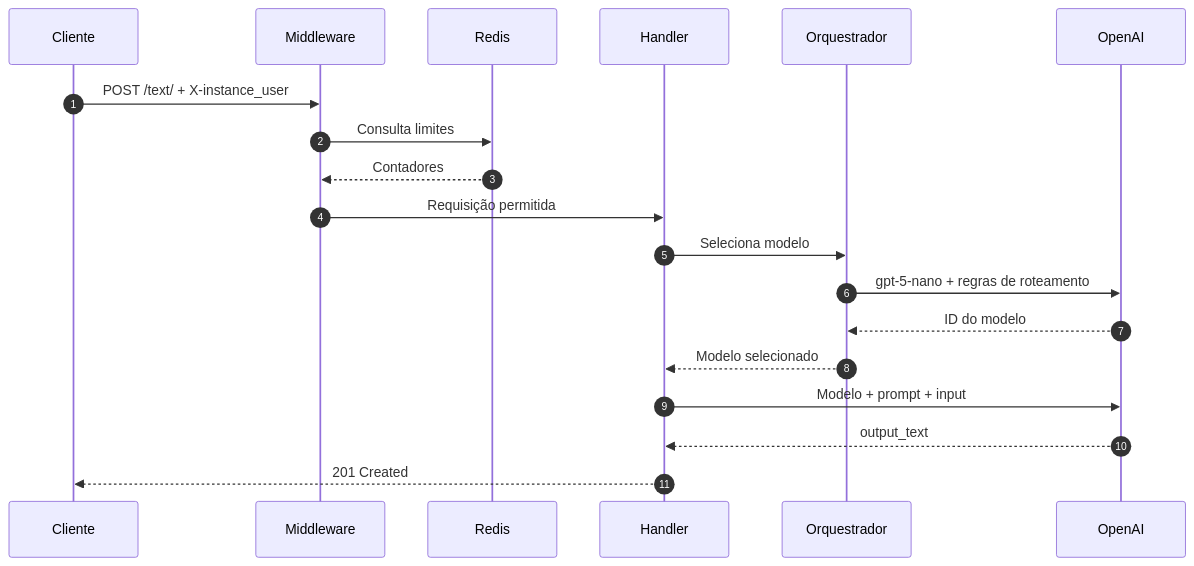
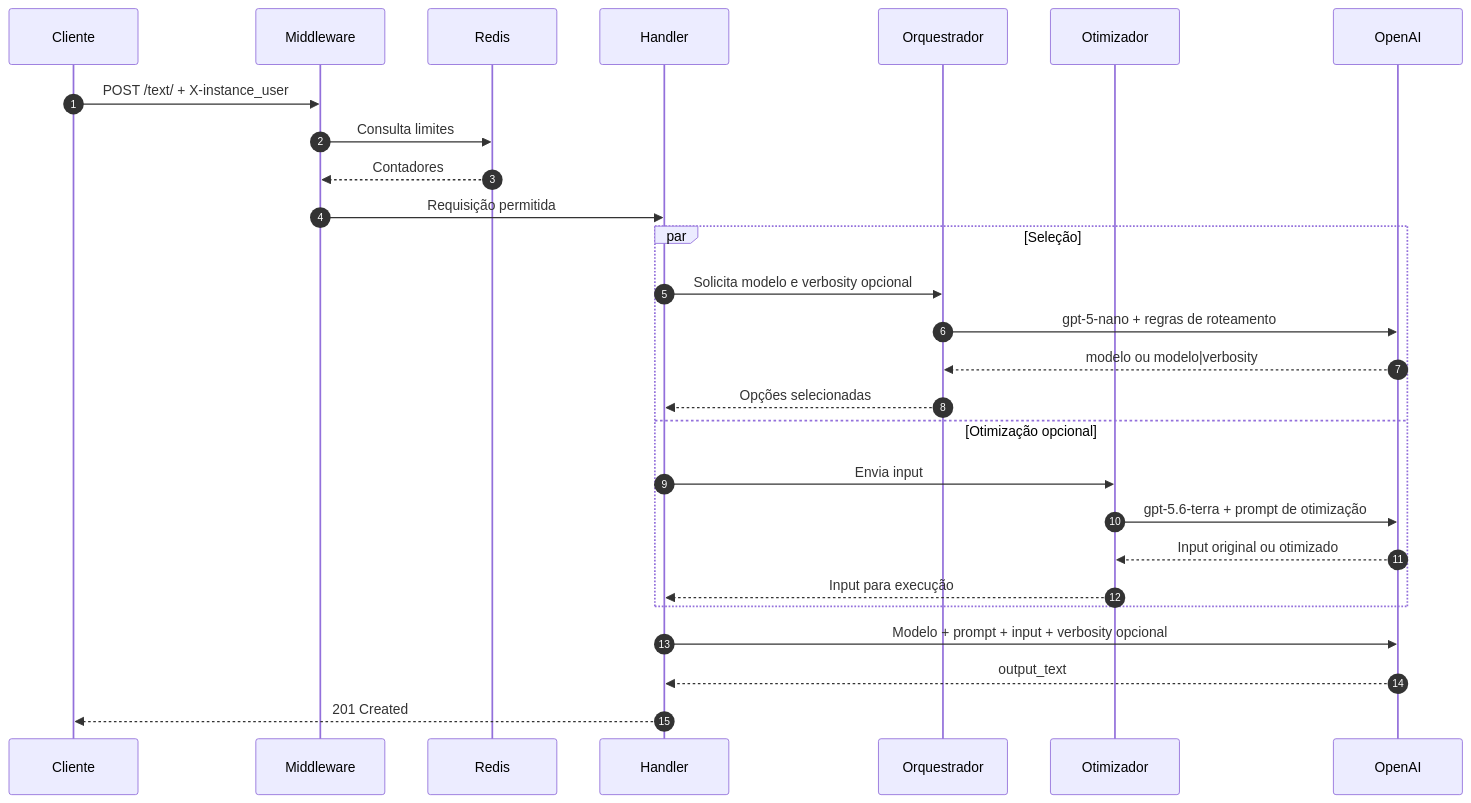
The second of 2 diagrams in README.md (BrayanDevZN/AiAgenteSelector), drawn with Mermaid before and after one commit. The commit also changed other lines of this file, not shown here.

First line of the commit message:
docs: update README for verbosity flow

````diff
--- a/README.md
+++ b/README.md
@@ -179,22 +192,30 @@
 ```mermaid
 sequenceDiagram
     autonumber
     participant C as Cliente
     participant M as Middleware
     participant R as Redis
     participant H as Handler
     participant O as Orquestrador
+    participant P as Otimizador
     participant A as OpenAI
 
     C->>M: POST /text/ + X-instance_user
     M->>R: Consulta limites
     R-->>M: Contadores
     M->>H: Requisição permitida
-    H->>O: Seleciona modelo
-    O->>A: gpt-5-nano + regras de roteamento
-    A-->>O: ID do modelo
-    O-->>H: Modelo selecionado
-    H->>A: Modelo + prompt + input
+    par Seleção
+        H->>O: Solicita modelo e verbosity opcional
+        O->>A: gpt-5-nano + regras de roteamento
+        A-->>O: modelo ou modelo|verbosity
+        O-->>H: Opções selecionadas
+    and Otimização opcional
+        H->>P: Envia input
+        P->>A: gpt-5.6-terra + prompt de otimização
+        A-->>P: Input original ou otimizado
+        P-->>H: Input para execução
+    end
+    H->>A: Modelo + prompt + input + verbosity opcional
     A-->>H: output_text
     H-->>C: 201 Created
 ```
````
